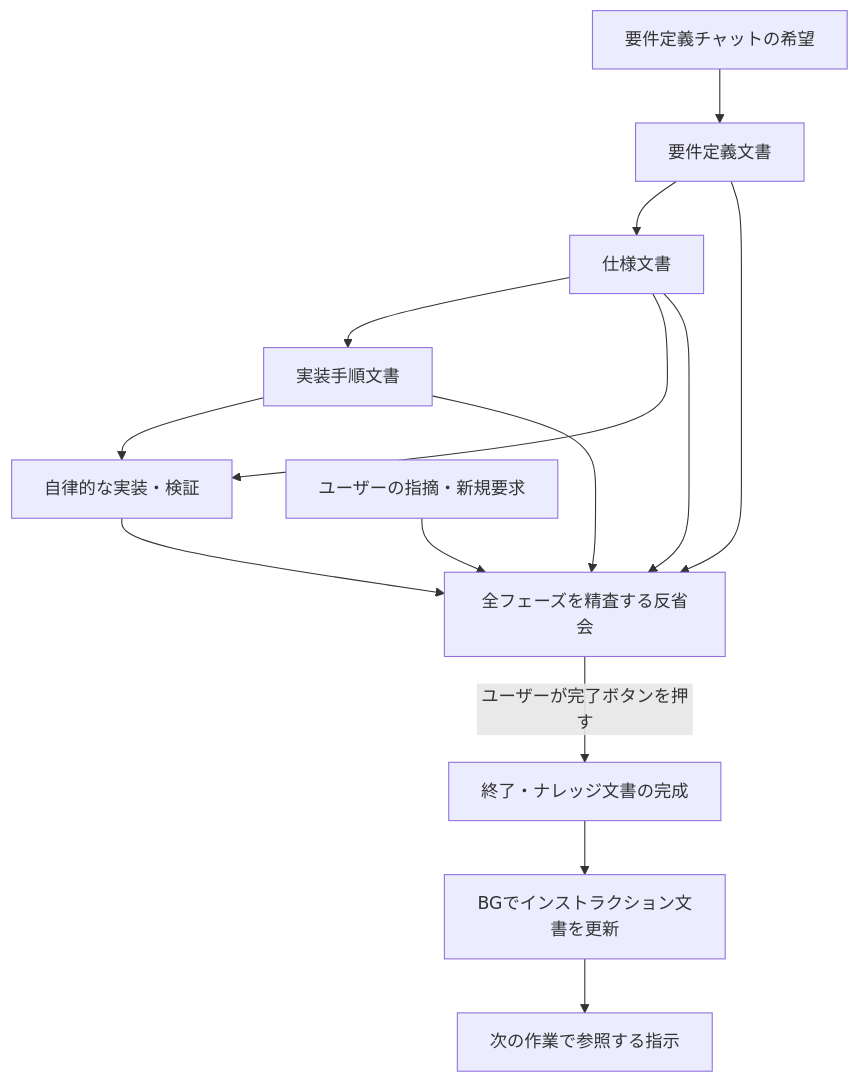
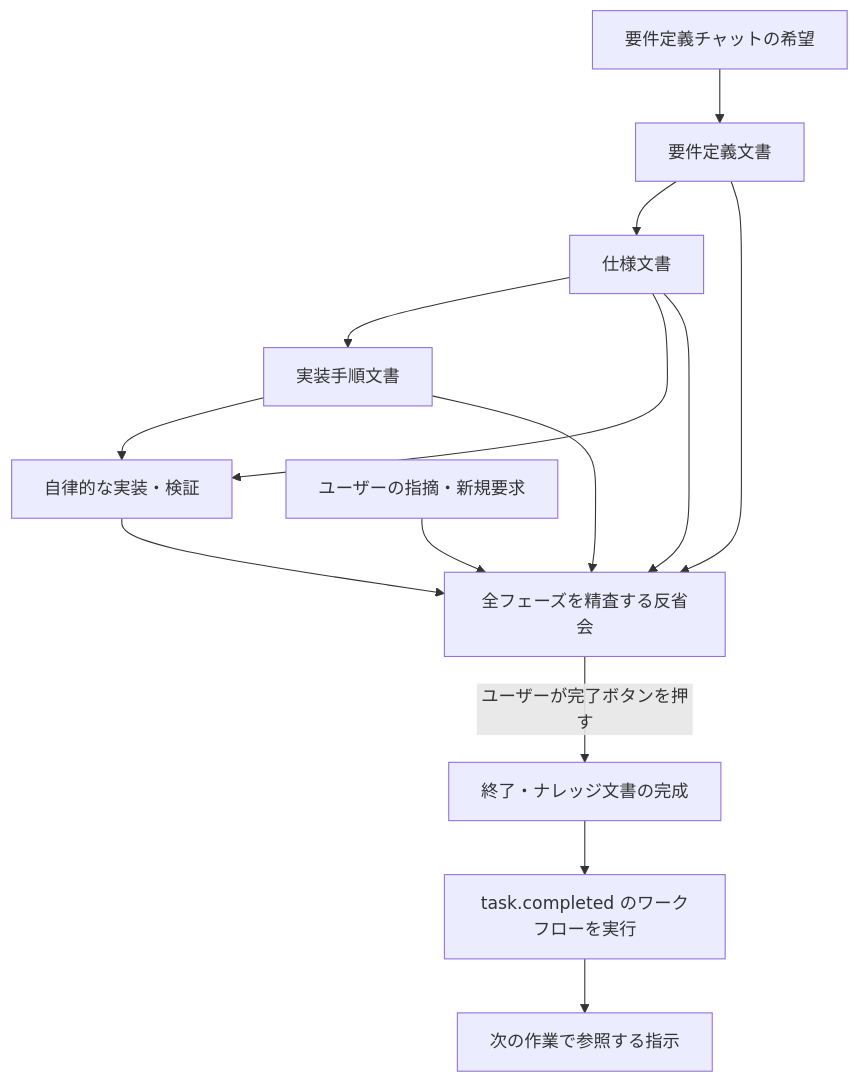
The second of 2 diagrams in docs/traceable-documents-design.md (nozomi-hiragi/Beni), drawn with Mermaid before and after one commit. The commit also changed other lines of this file and 99 other files, not shown here.

````diff
--- a/docs/traceable-documents-design.md
+++ b/docs/traceable-documents-design.md
@@ -36,16 +36,16 @@
 ```mermaid
 flowchart TD
     U[要件定義チャットの希望] --> R[要件定義文書]
     R --> S[仕様文書]
     S --> P[実装手順文書]
     S --> E[自律的な実装・検証]
     P --> E
     E --> V[全フェーズを精査する反省会]
     R --> V
     S --> V
     P --> V
     F[ユーザーの指摘・新規要求] --> V
     V -->|ユーザーが完了ボタンを押す| K[終了・ナレッジ文書の完成]
-    K --> B[BGでインストラクション文書を更新]
+    K --> B[task.completed のワークフローを実行]
     B --> X[次の作業で参照する指示]
 ```
````
